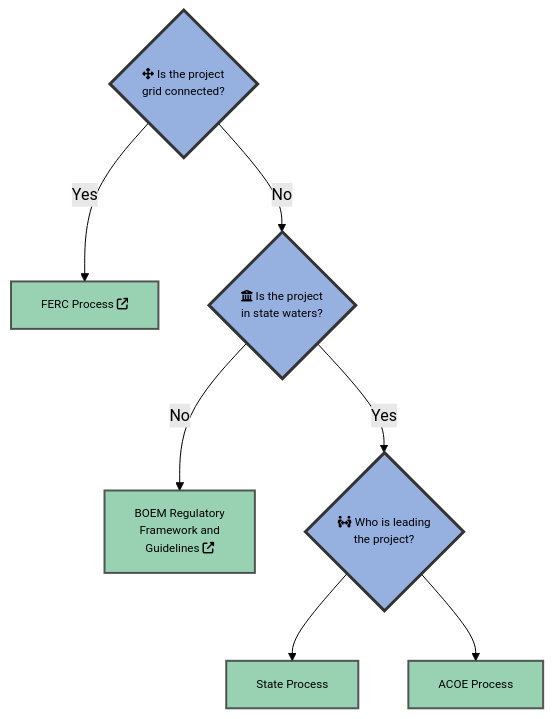
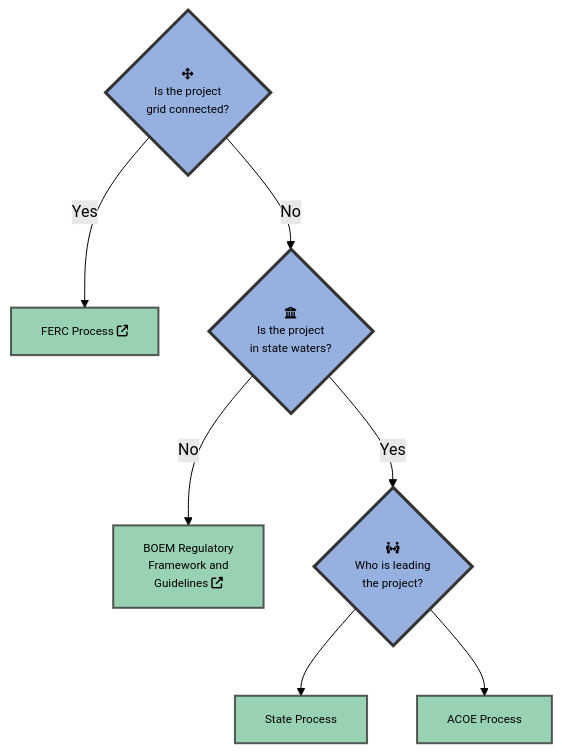
Before and after one commit to marineenergy/www: the diagram in diagrams/regs.mmd, drawn with Mermaid (forest theme). The commit also changed 15 other files, not shown here.

```diff
--- a/diagrams/regs.mmd
+++ b/diagrams/regs.mmd
@@ -1,31 +1,31 @@
 %% edit with https://mermaid-js.github.io/mermaid-live-editor
 
 graph TD
-grid{fa:fa-arrows-alt Is the project<br>grid connected?}
+grid{fa:fa-arrows-alt<br> Is the project<br>grid connected?}
 ferc[FERC Process fas:fa-external-link]
-territory{fa:fa-institution Is the project<br>in state waters?}
+territory{fa:fa-institution<br> Is the project<br>in state waters?}
 boem[BOEM Regulatory <br>Framework and <br>Guidelines fas:fa-external-link-alt]
-lead{fa:fa-people-arrows Who is leading<br>the project?}
+lead{fa:fa-people-arrows<br> Who is leading<br>the project?}
 state[State Process]
 acoe[ACOE Process]
 
 grid-->|Yes|ferc
 grid-->|No|territory
 territory-->|Yes|lead
 territory-->|No|boem
 lead --> state
 lead --> acoe
 
 click ferc "./regs-ferc.html"
 click acoe "./regs-acoe.html"
 click state "./regs-state.html"
 click boem "https://www.boem.gov/renewable-energy/regulatory-framework-and-guidelines" _blank
 
 classDef endNode fill:#99d1b3,stroke:#333,stroke-width:2px,font-size:90%,line-height:1.5,stroke-opacity:0.8,text-align:center;
 classDef endNode:hover fill:#75a189;
 classDef endNode:active fill:#75a189;
 
 classDef decisionNode fill:#96b0e0,stroke:#333,stroke-width:3px,font-size:90%,line-height:1.5;
 
 class ferc,acoe,state,boem endNode
 class grid,territory,lead decisionNode
```
